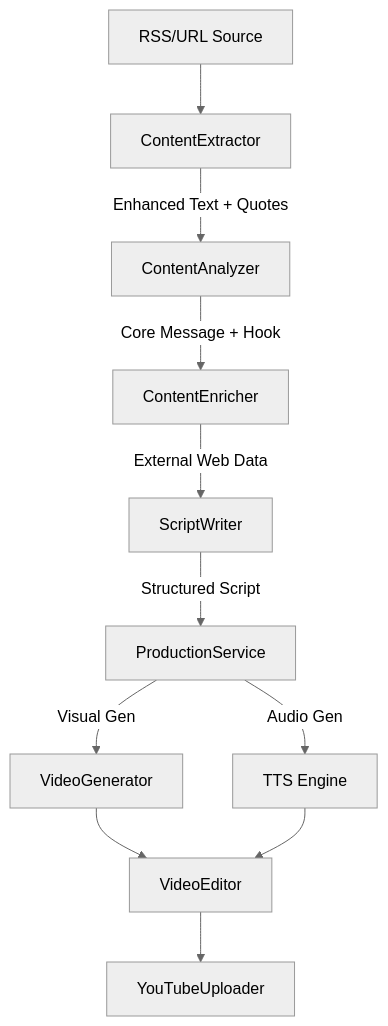
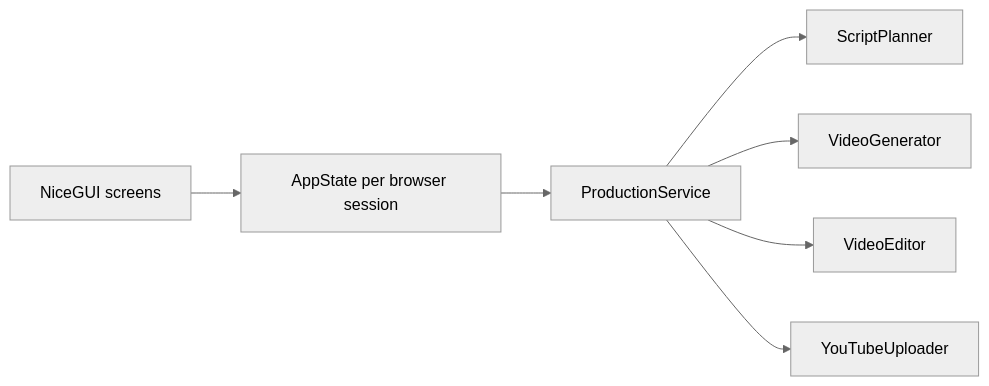
Before and after one commit to dev-mcpark/ShortsMaker: the diagram in README.md, drawn with Mermaid (neutral theme). The commit also changed other lines of this file and 15 other files, not shown here.

Commit message:
Refactor production flow around session state and service

````diff
--- a/README.md
+++ b/README.md
@@ -22,12 +25,9 @@
 ```mermaid
-graph TD
-    A[RSS/URL Source] --> B[ContentExtractor]
-    B -->|Enhanced Text + Quotes| C[ContentAnalyzer]
-    C -->|Core Message + Hook| D[ContentEnricher]
-    D -->|External Web Data| E[ScriptWriter]
-    E -->|Structured Script| F[ProductionService]
-    F -->|Visual Gen| G[VideoGenerator]
-    F -->|Audio Gen| H[TTS Engine]
-    G & H --> I[VideoEditor]
-    I --> J[YouTubeUploader]
+flowchart LR
+    UI[NiceGUI screens] --> State[AppState per browser session]
+    State --> Service[ProductionService]
+    Service --> Planner[ScriptPlanner]
+    Service --> Generator[VideoGenerator]
+    Service --> Editor[VideoEditor]
+    Service --> Uploader[YouTubeUploader]
 ```
````
